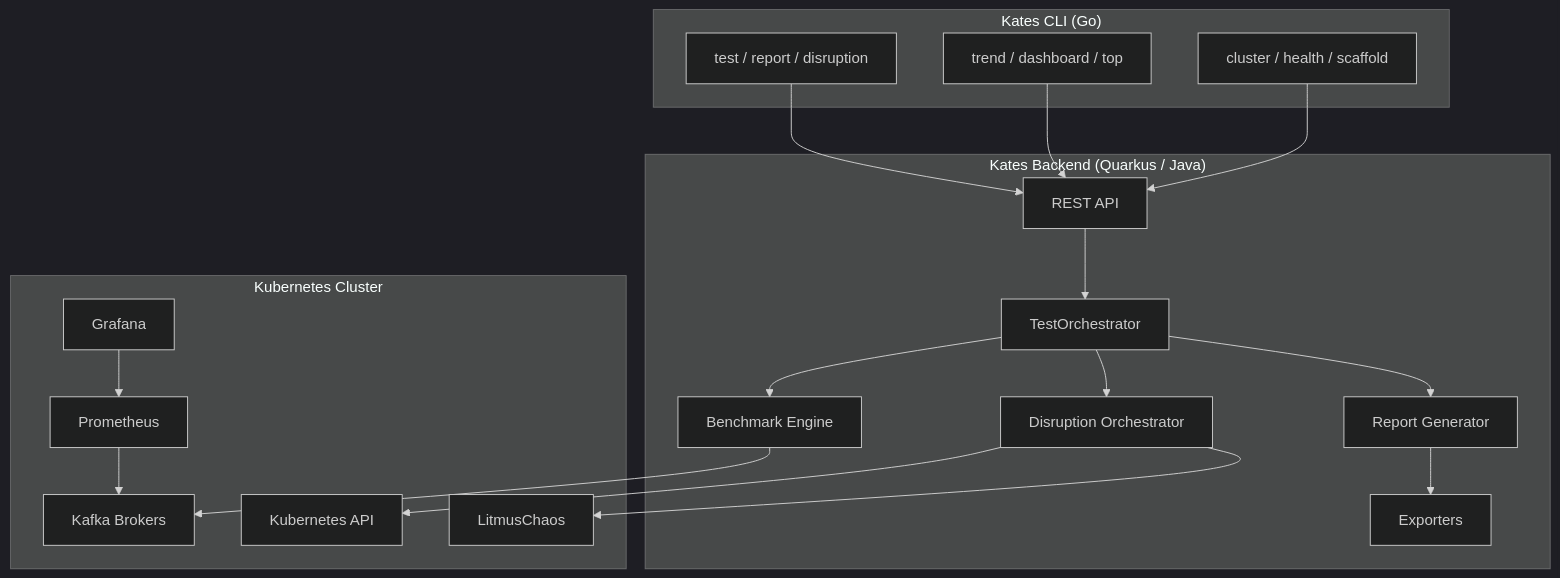
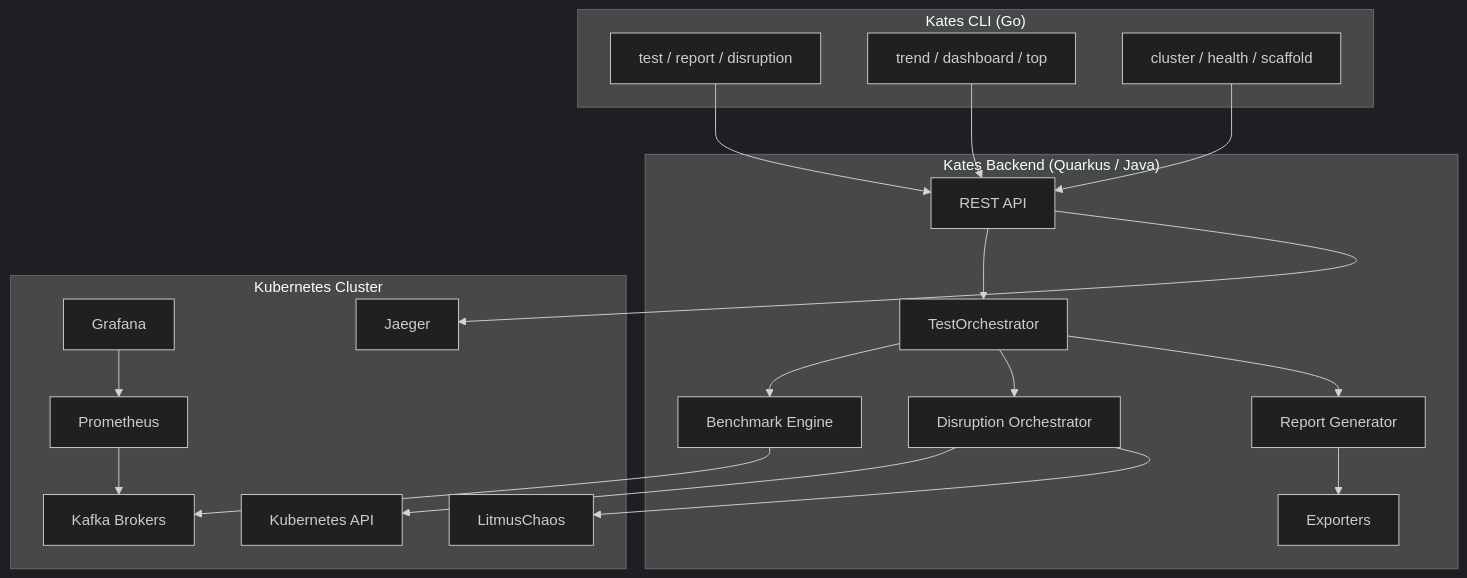
The first of 7 diagrams in docs/book/02-architecture.md (actions-marketplace-validations/bmscomp_kates), drawn with Mermaid (dark theme) before and after one commit. The commit also changed other lines of this file and 14 other files, not shown here.

````diff
--- a/docs/book/02-architecture.md
+++ b/docs/book/02-architecture.md
@@ -7,39 +7,41 @@
 ```mermaid
 graph TB
     subgraph CLI["Kates CLI (Go)"]
         CLI1[test / report / disruption]
         CLI2[trend / dashboard / top]
         CLI3[cluster / health / scaffold]
     end
     
     subgraph Backend["Kates Backend (Quarkus / Java)"]
         API[REST API]
         ORCH[TestOrchestrator]
         ENG[Benchmark Engine]
         CHAOS[Disruption Orchestrator]
         RPT[Report Generator]
         EXP[Exporters]
     end
     
     subgraph Infra["Kubernetes Cluster"]
         K8S[Kubernetes API]
         KAFKA[Kafka Brokers]
         PROM[Prometheus]
         GRAF[Grafana]
+        JAEGER[Jaeger]
         LIT[LitmusChaos]
     end
     
     CLI1 --> API
     CLI2 --> API
     CLI3 --> API
     API --> ORCH
     ORCH --> ENG
     ORCH --> CHAOS
     ORCH --> RPT
     RPT --> EXP
     CHAOS --> K8S
     CHAOS --> LIT
     ENG --> KAFKA
     PROM --> KAFKA
     GRAF --> PROM
+    API --> JAEGER
 ```
````
